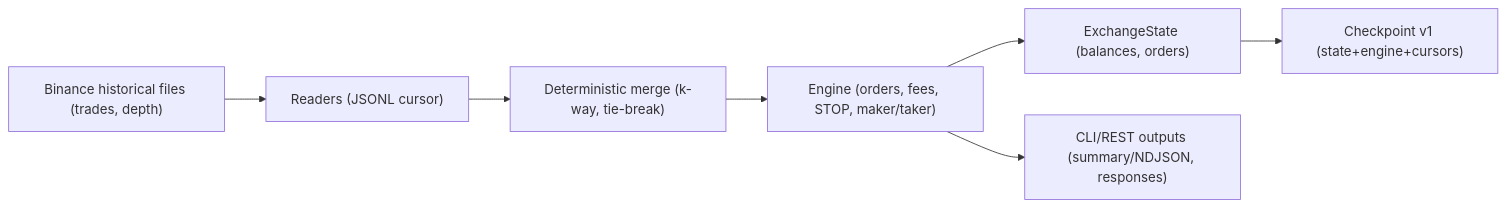
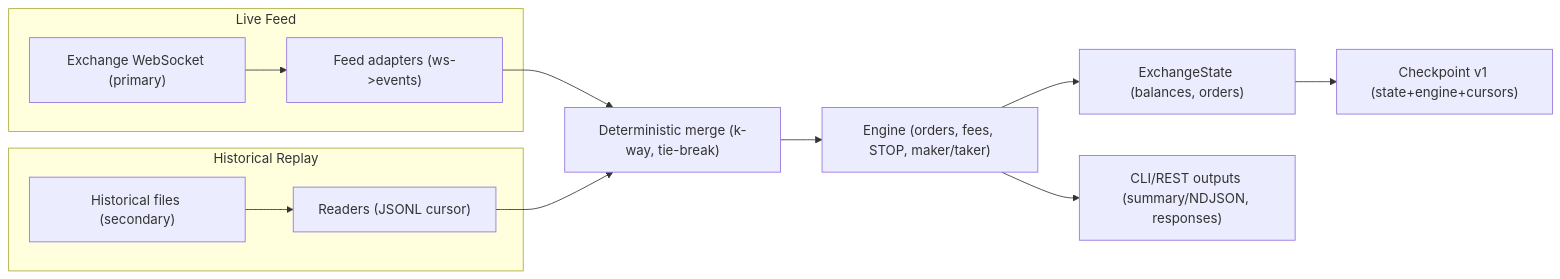
Before and after one commit to felis2803/TradeForge: the diagram in docs/guide.md, drawn with Mermaid. The commit also changed other lines of this file and 7 other files, not shown here.

````diff
--- a/docs/guide.md
+++ b/docs/guide.md
@@ -14,9 +14,14 @@
 ```mermaid
 flowchart LR
-  A["Binance historical files (trades, depth)"] --> B["Readers (JSONL cursor)"]
-  B --> C["Deterministic merge (k-way, tie-break)"]
+  subgraph Live Feed
+    A["Exchange WebSocket (primary)"] --> B["Feed adapters (ws->events)"]
+  end
+  subgraph Historical Replay
+    H["Historical files (secondary)"] --> I["Readers (JSONL cursor)"]
+  end
+  B & I --> C["Deterministic merge (k-way, tie-break)"]
   C --> D["Engine (orders, fees, STOP, maker/taker)"]
   D --> E["ExchangeState (balances, orders)"]
   E --> F["Checkpoint v1 (state+engine+cursors)"]
   D --> G["CLI/REST outputs (summary/NDJSON, responses)"]
 ```
````
